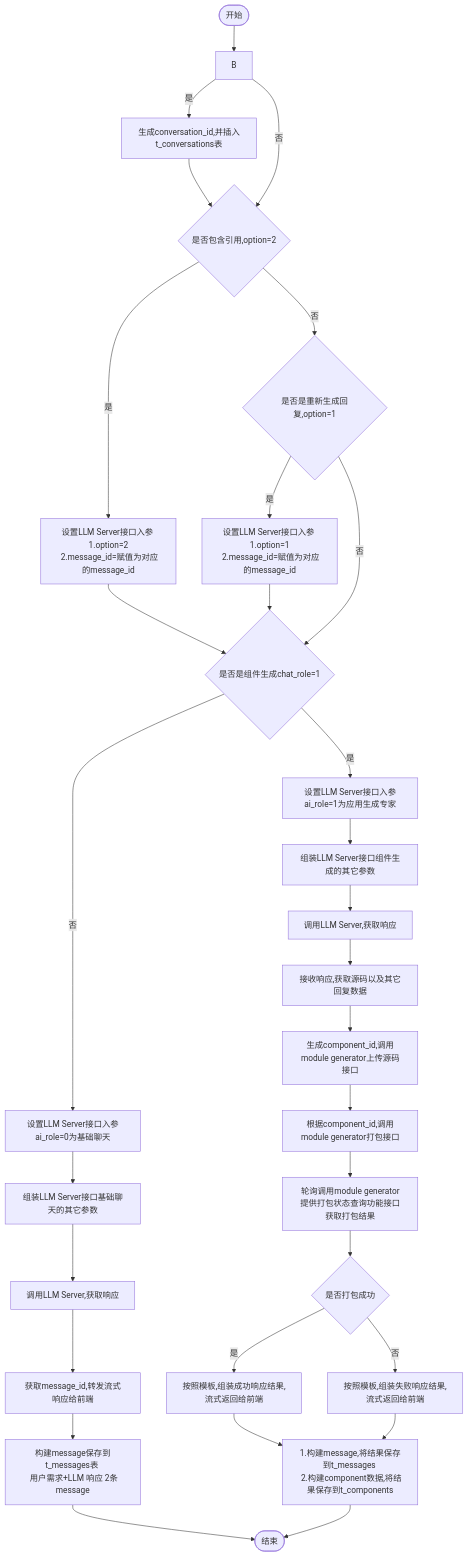
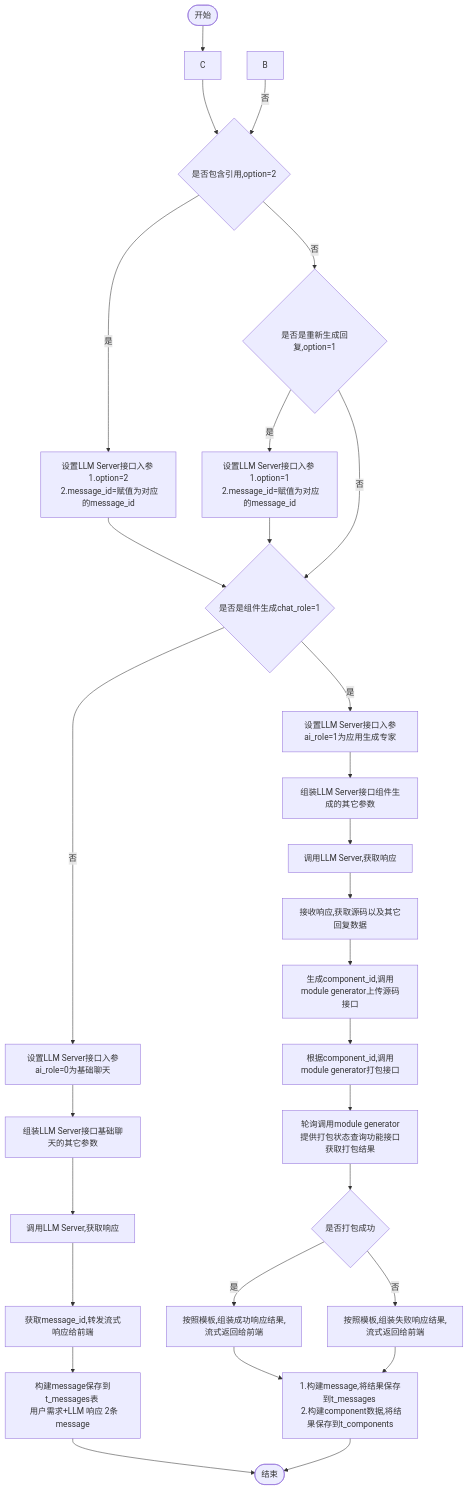
One commit to yingjianzh/iodraw-files changed the diagram in all/w3-会话-不需要传递message.md. Above: the diagram before and after it, drawn with Mermaid.

Commit message:
2024-10-15 14:13:54 update

````diff
--- a/all/w3-会话-不需要传递message.md
+++ b/all/w3-会话-不需要传递message.md
@@ -1,36 +1,35 @@
 ```mermaid
 flowchart TD
     A([开始]) --> 
-    B -- 是 --> C[生成conversation_id,并插入t_conversations表]
     C --> D
     B -- 否 --> D{是否包含引用,option=2}
     D -- 是 --> E[设置LLM Server接口入参 \n 1.option=2 \n 2.message_id=赋值为对应的message_id]
     D -- 否 --> F{是否是重新生成回复,option=1}
     F -- 是 --> G[设置LLM Server接口入参 \n 1.option=1 \n 2.message_id=赋值为对应的message_id]
     F -- 否 --> I
      
     E & G --> I{是否是组件生成chat_role=1}
     I -- 否 --> K[设置LLM Server接口入参ai_role=0为基础聊天]
     I -- 是 --> J[设置LLM Server接口入参ai_role=1为应用生成专家]
     
 
     J --> L[组装LLM Server接口组件生成的其它参数]    
     K --> M[组装LLM Server接口基础聊天的其它参数]    
     M --> N[调用LLM Server,获取响应]    
     N --> O[获取message_id,转发流式响应给前端]
     O --> P[构建message保存到t_messages表 \n 用户需求+LLM 响应 2条message]
     P --> R([结束])
 
 
     L --> S[调用LLM Server,获取响应]
     S --> T[接收响应,获取源码以及其它回复数据]
     T --> U[生成component_id,调用module generator上传源码接口]
     U --> V[根据component_id,调用module generator打包接口]
     V --> W[轮询调用module generator提供打包状态查询功能接口获取打包结果]
     W --> X{是否打包成功}
     X -- 是 --> Y[按照模板,组装成功响应结果,流式返回给前端]
     X -- 否 --> Z[按照模板,组装失败响应结果,流式返回给前端]
 
     Y & Z --> Result[1.构建message,将结果保存到t_messages \n 2.构建component数据,将结果保存到t_components]
     Result --> R
 ```
````
